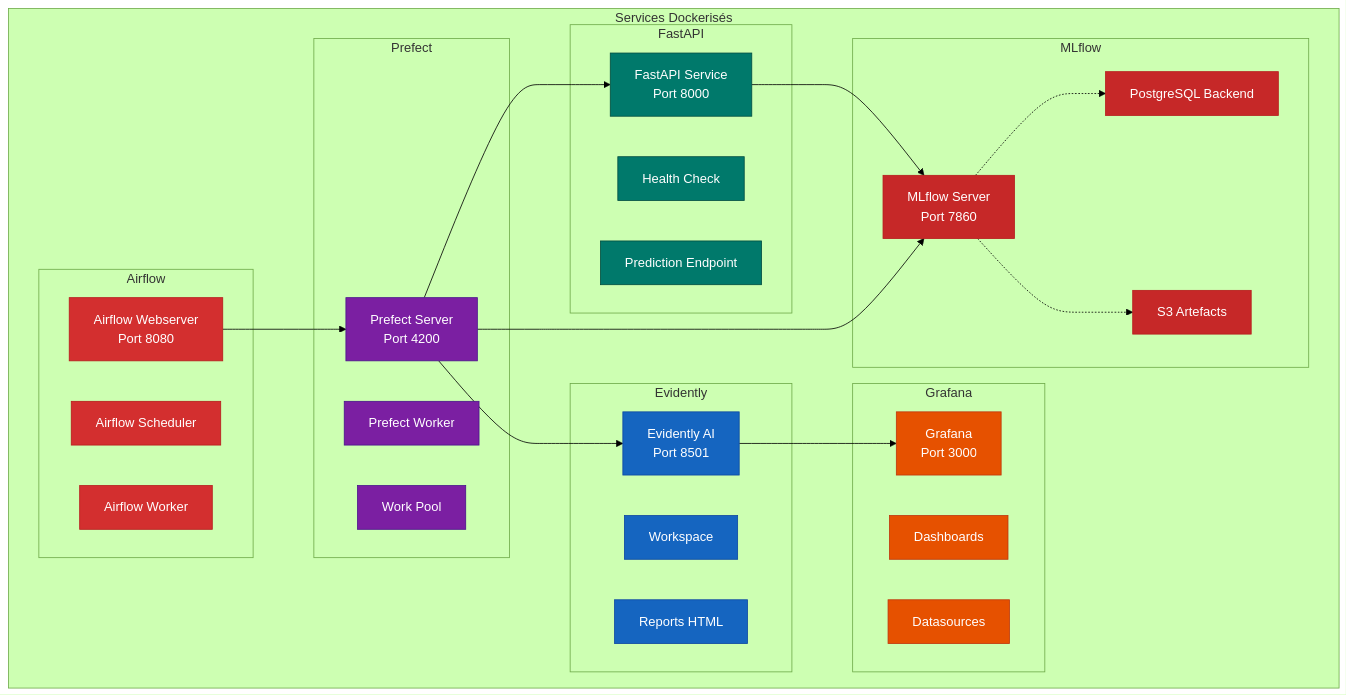
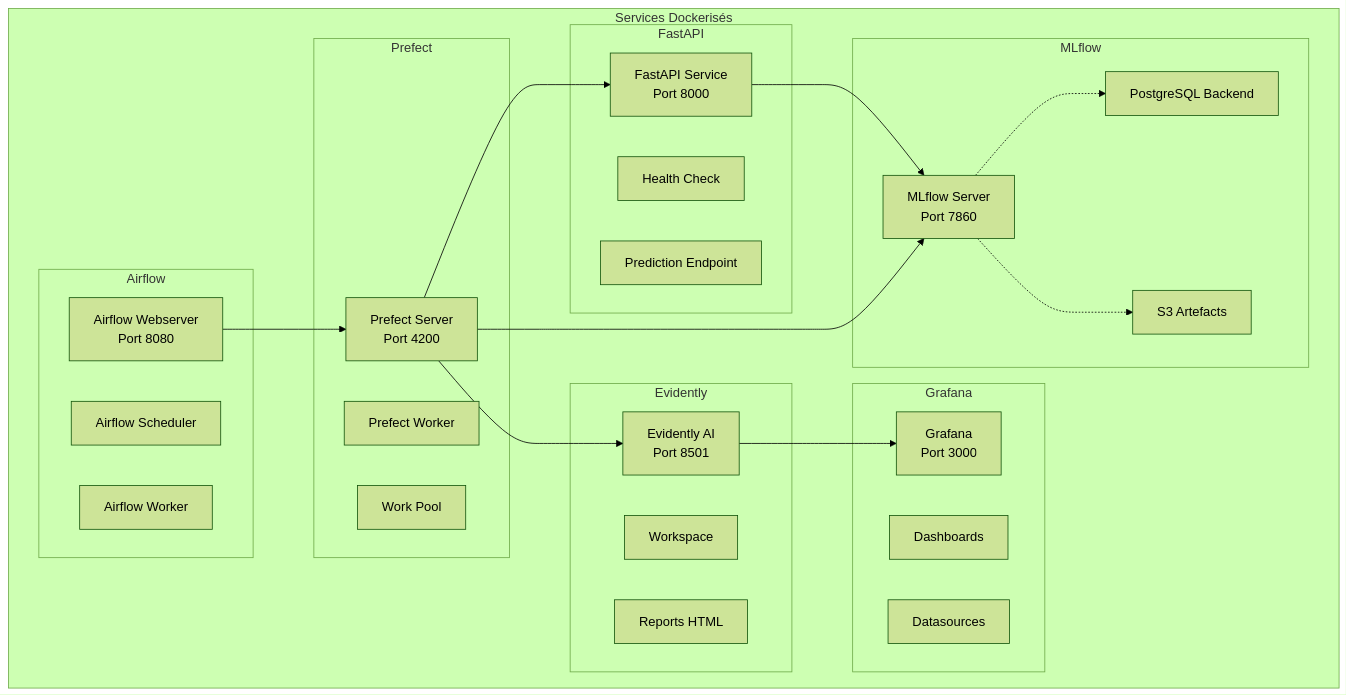
One commit to jinsudai/jinsudai changed the second of 21 diagrams in docs/ARCHITECTURE_MLOPS.md. Above: the diagram before and after it, drawn with Mermaid (forest theme). The commit also changed other lines of this file, not shown here.

````diff
--- a/docs/ARCHITECTURE_MLOPS.md
+++ b/docs/ARCHITECTURE_MLOPS.md
@@ -85,64 +74,51 @@
 ```mermaid
 graph TB
-    classDef mlflow fill:#C62828,stroke:#B71C1C,color:#fff
-    classDef fastapi fill:#00796B,stroke:#004D40,color:#fff
-    classDef evidently fill:#1565C0,stroke:#0D47A1,color:#fff
-    classDef grafana fill:#E65100,stroke:#BF360C,color:#fff
-    classDef prefect fill:#7B1FA2,stroke:#4A148C,color:#fff
-    classDef airflow fill:#D32F2F,stroke:#B71C1C,color:#fff
-    classDef default fill:#f5f5f5,stroke:#666,color:#333
 
     subgraph "Services Dockerisés"
         subgraph "MLflow"
             ML1[MLflow Server<br/>Port 7860]
             ML2[PostgreSQL Backend]
             ML3[S3 Artefacts]
         end
 
         subgraph "FastAPI"
             FA1[FastAPI Service<br/>Port 8000]
             FA2[Health Check]
             FA3[Prediction Endpoint]
         end
 
         subgraph "Evidently"
             EV1[Evidently AI<br/>Port 8501]
             EV2[Workspace]
             EV3[Reports HTML]
         end
 
         subgraph "Grafana"
             GR1[Grafana<br/>Port 3000]
             GR2[Dashboards]
             GR3[Datasources]
         end
 
         subgraph "Prefect"
             PF1[Prefect Server<br/>Port 4200]
             PF2[Prefect Worker]
             PF3[Work Pool]
         end
 
         subgraph "Airflow"
             AF1[Airflow Webserver<br/>Port 8080]
             AF2[Airflow Scheduler]
             AF3[Airflow Worker]
         end
     end
 
     ML1 -.-> ML2
     ML1 -.-> ML3
     FA1 --> ML1
     PF1 --> FA1
     PF1 --> ML1
     PF1 --> EV1
     EV1 --> GR1
     AF1 --> PF1
 
-    class ML1,ML2,ML3 mlflow
-    class FA1,FA2,FA3 fastapi
-    class EV1,EV2,EV3 evidently
-    class GR1,GR2,GR3 grafana
-    class PF1,PF2,PF3 prefect
-    class AF1,AF2,AF3 airflow
 ```
````
